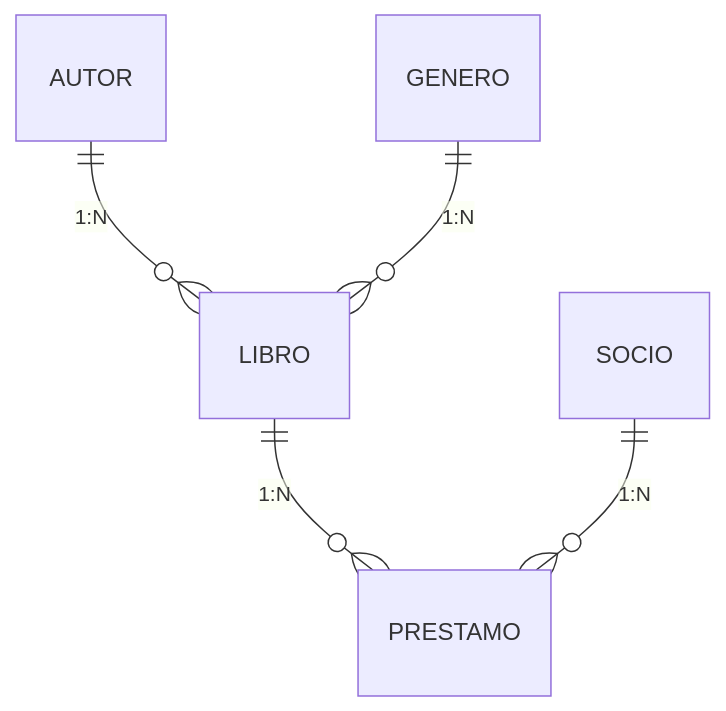
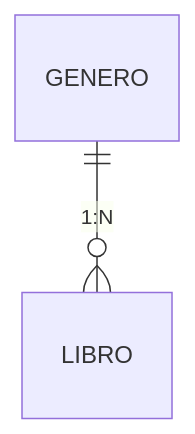
One commit to campusdevfp/dwes2627 changed the first of 3 diagrams in docs/ut5/ejercicios-practicos.md. Above: the diagram before and after it, drawn with Mermaid. The commit also changed other lines of this file and 26 other files, not shown here.

````diff
--- a/docs/ut5/ejercicios-practicos.md
+++ b/docs/ut5/ejercicios-practicos.md
@@ -40,7 +40,4 @@
 ```mermaid
 erDiagram
-    AUTOR  ||--o{ LIBRO    : "1:N"
-    GENERO ||--o{ LIBRO    : "1:N"
-    LIBRO  ||--o{ PRESTAMO : "1:N"
-    SOCIO  ||--o{ PRESTAMO : "1:N"
+    GENERO ||--o{ LIBRO : "1:N"
 ```
````
